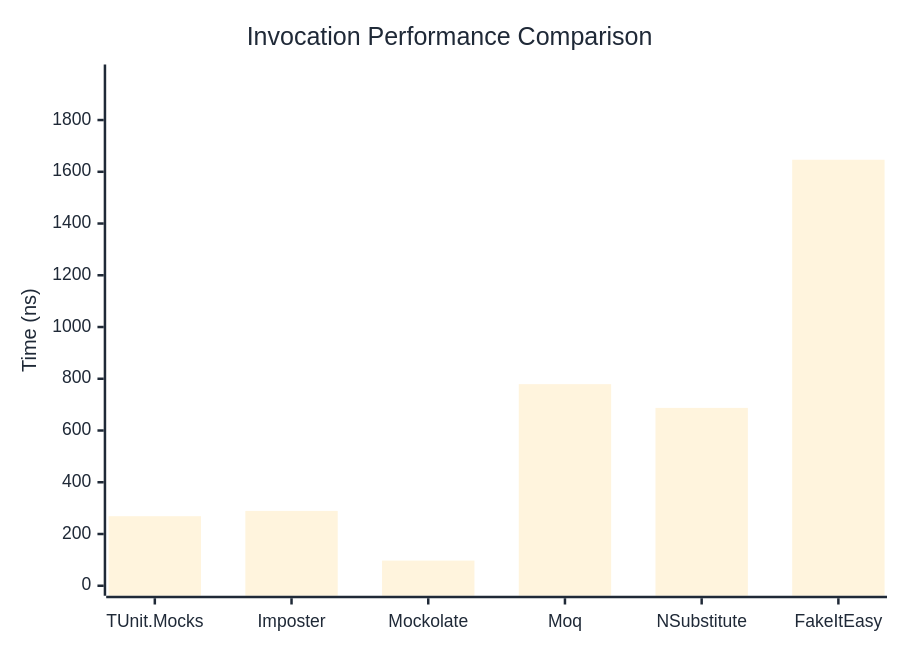
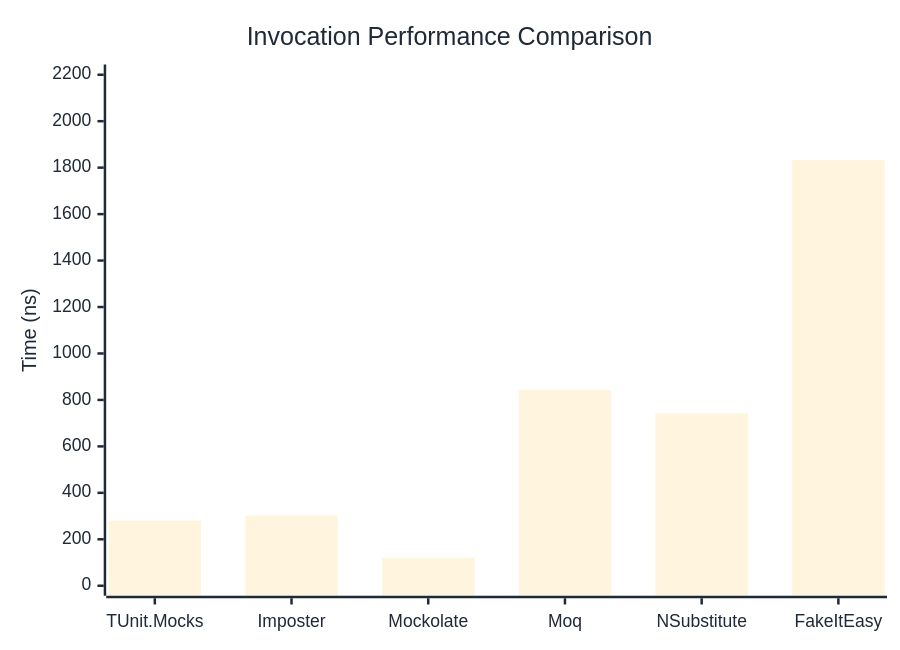
Before and after one commit to thomhurst/TUnit: the first of 3 diagrams in docs/docs/benchmarks/mocks/Invocation.md, drawn with Mermaid. The commit also changed other lines of this file and 14 other files, not shown here.

````diff
--- a/docs/docs/benchmarks/mocks/Invocation.md
+++ b/docs/docs/benchmarks/mocks/Invocation.md
@@ -30,27 +30,27 @@
 ```mermaid
 %%{init: {
   'theme':'base',
   'themeVariables': {
     'primaryColor': '#2563eb',
     'primaryTextColor': '#1f2937',
     'primaryBorderColor': '#1e40af',
     'lineColor': '#6b7280',
     'secondaryColor': '#7c3aed',
     'tertiaryColor': '#dc2626',
     'background': '#ffffff',
     'pie1': '#2563eb',
     'pie2': '#7c3aed',
     'pie3': '#dc2626',
     'pie4': '#f59e0b',
     'pie5': '#10b981',
     'pie6': '#06b6d4',
     'pie7': '#ec4899',
     'pie8': '#6366f1'
   }
 }}%%
 xychart-beta
   title "Invocation Performance Comparison"
   x-axis ["TUnit.Mocks", "Imposter", "Mockolate", "Moq", "NSubstitute", "FakeItEasy"]
-  y-axis "Time (ns)" 0 --> 1976
-  bar [268.82, 289.23, 97.23, 779.18, 687.43, 1646.5]
+  y-axis "Time (ns)" 0 --> 2201
+  bar [280.1, 302.1, 120.4, 842.1, 741.9, 1833.4]
 ```
````
